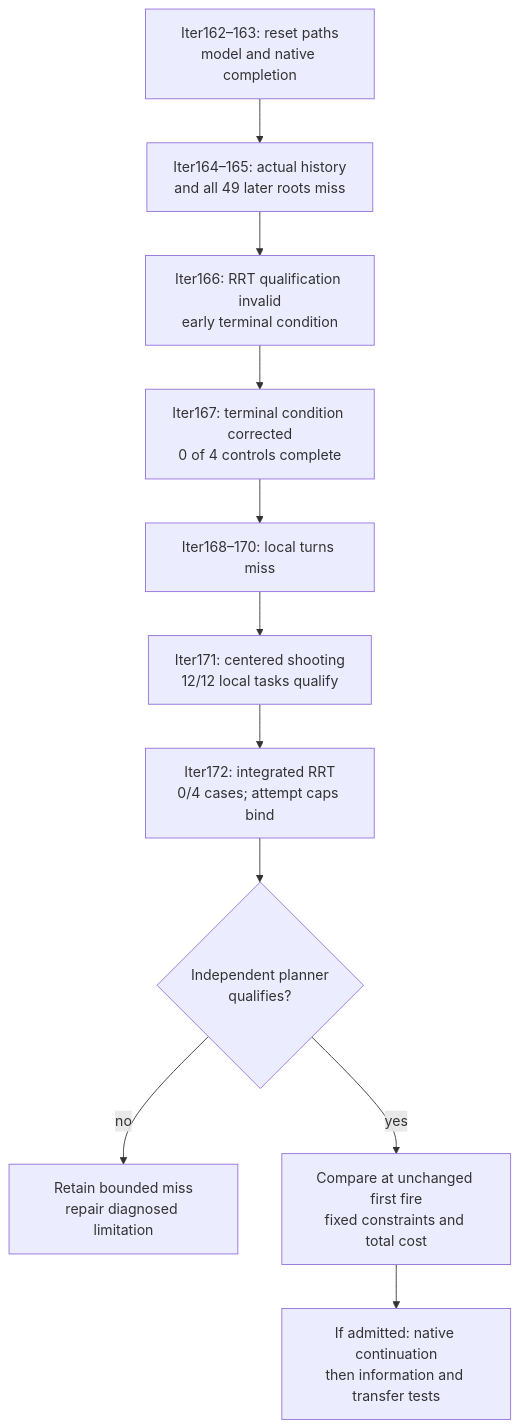
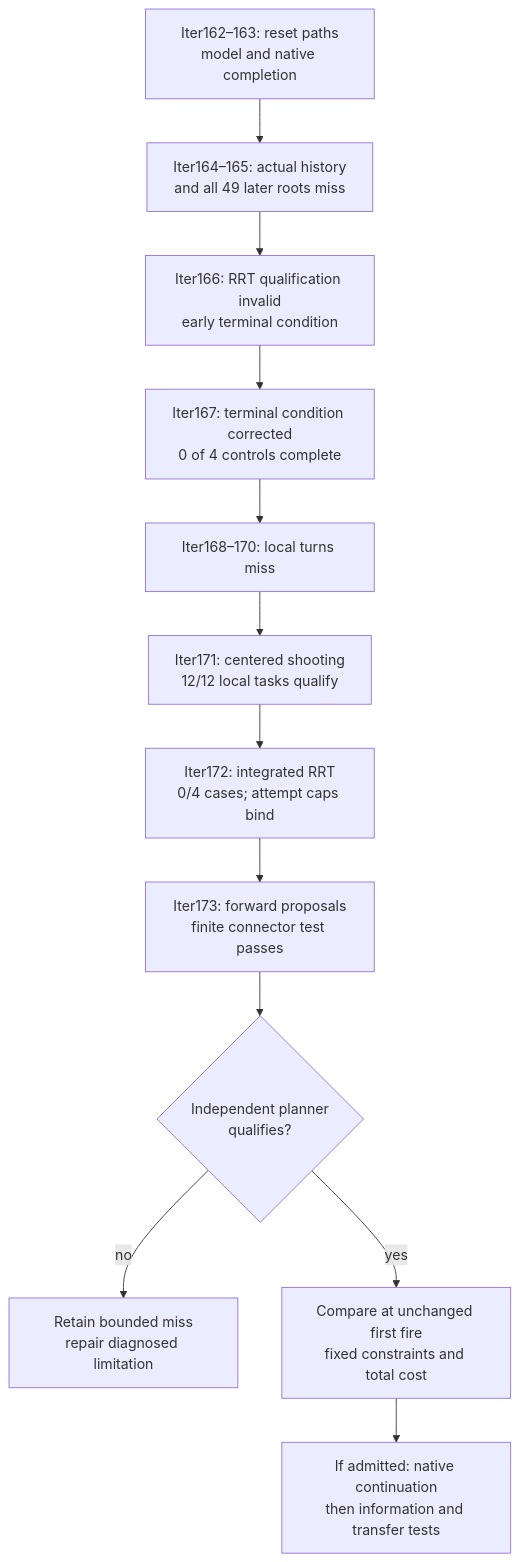
One commit to manfromnowhere143/sentinel changed the third of 3 diagrams in README.md. Above: the diagram before and after it, drawn with Mermaid. The commit also changed other lines of this file and 15 other files, not shown here.

````diff
--- a/README.md
+++ b/README.md
@@ -764,15 +794,16 @@
 ```mermaid
 flowchart TB
   accTitle: Separate search competence from intervention timing
   accDescr: Finite source misses and failed adapter qualification do not prove unrecoverability.
   S["Iter162–163: reset paths<br/>model and native completion"] --> B["Iter164–165: actual history<br/>and all 49 later roots miss"]
   B --> Q["Iter166: RRT qualification invalid<br/>early terminal condition"]
   Q --> C["Iter167: terminal condition corrected<br/>0 of 4 controls complete"]
   C --> D["Iter168–170: local turns miss"]
   D --> E["Iter171: centered shooting<br/>12/12 local tasks qualify"]
   E --> F["Iter172: integrated RRT<br/>0/4 cases; attempt caps bind"]
-  F --> A{"Independent planner<br/>qualifies?"}
+  F --> P["Iter173: forward proposals<br/>finite connector test passes"]
+  P --> A{"Independent planner<br/>qualifies?"}
   A -- "no" --> N["Retain bounded miss<br/>repair diagnosed limitation"]
   A -- "yes" --> R["Compare at unchanged first fire<br/>fixed constraints and total cost"]
   R --> W["If admitted: native continuation<br/>then information and transfer tests"]
 ```
````
